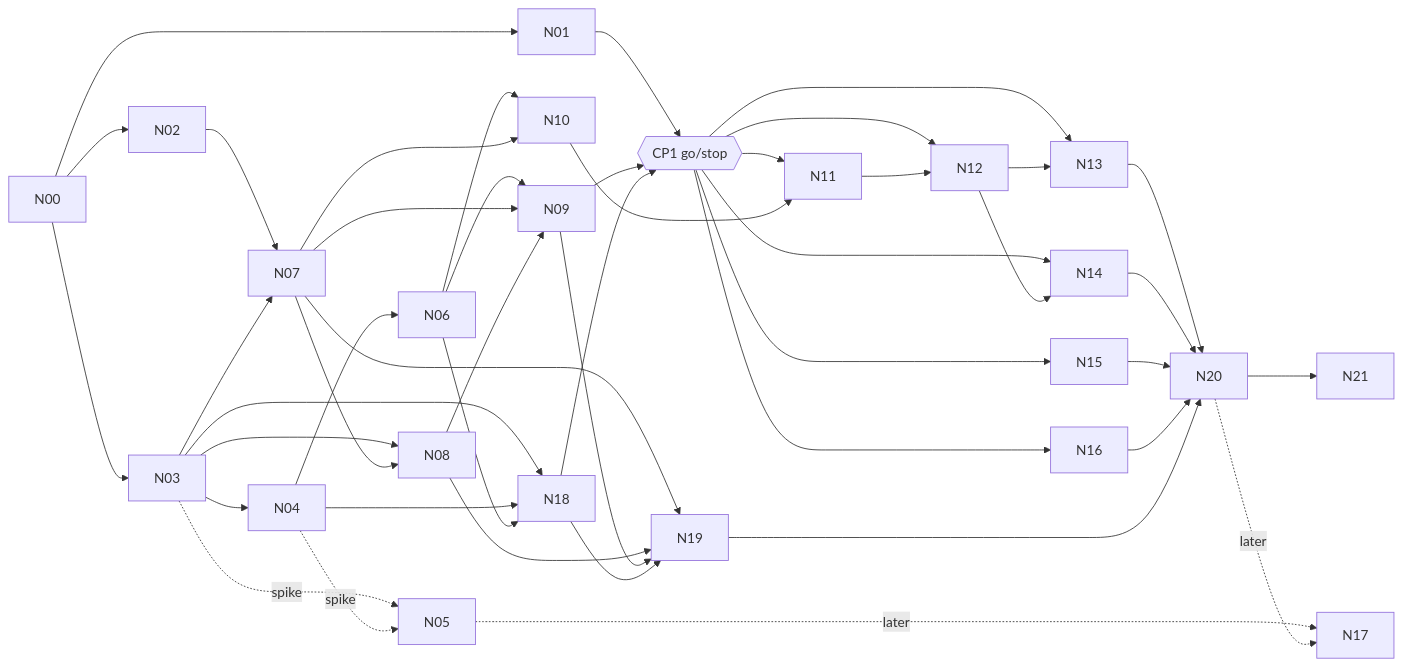
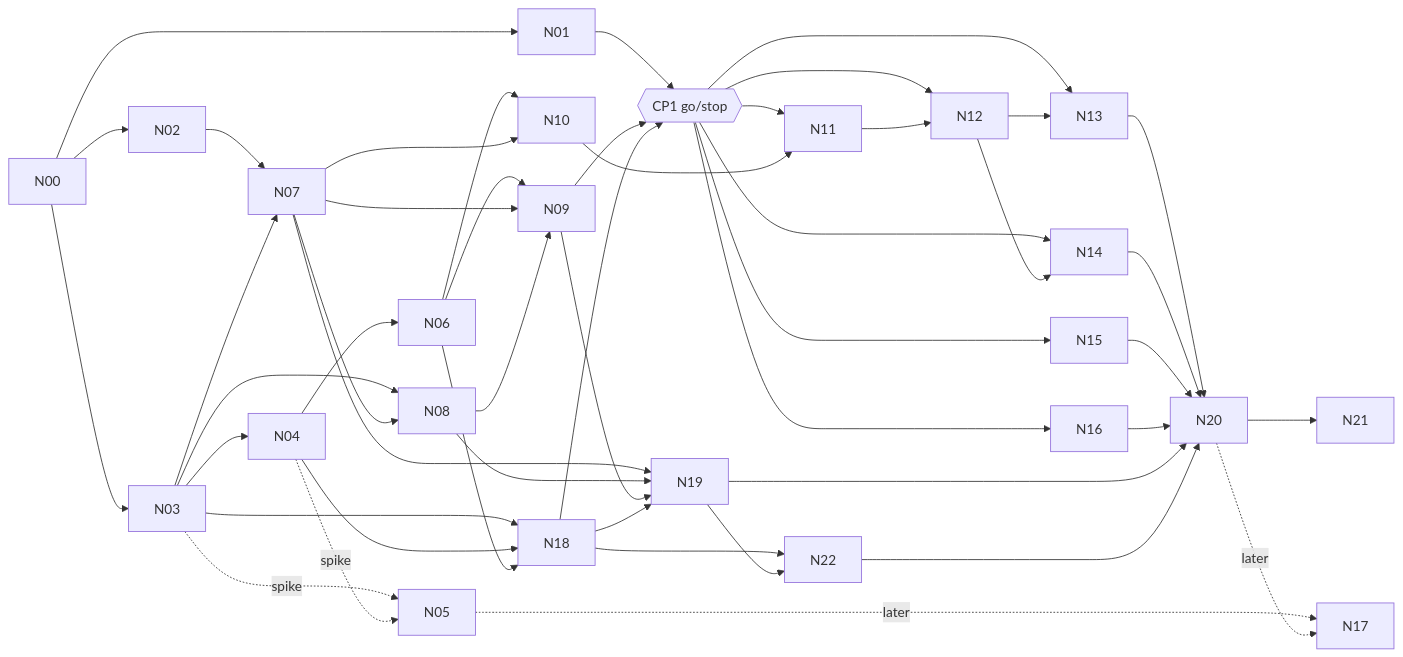
Before and after one commit to ThreeNativeHQ/threenative: the second of 3 diagrams in docs/PRDs/native-engine/README.md, drawn with Mermaid. The commit also changed other lines of this file and 11 other files, not shown here.

````diff
--- a/docs/PRDs/native-engine/README.md
+++ b/docs/PRDs/native-engine/README.md
@@ -145,19 +186,20 @@
 ```mermaid
 flowchart LR
   N00 --> N01 & N02 & N03
   N03 --> N04 --> N06
   N03 & N04 -. spike .-> N05
   N02 & N03 --> N07
   N03 & N07 --> N08
   N03 & N04 & N06 --> N18
   N06 & N07 & N08 --> N09
   N06 & N07 --> N10
   N01 & N09 & N18 --> CP1{{"CP1 go/stop"}}
   CP1 --> N11 & N12 & N13 & N14 & N15 & N16
   N10 --> N11
   N11 --> N12 --> N13
   N12 --> N14
   N07 & N08 & N09 & N18 --> N19
-  N13 & N14 & N15 & N16 & N19 --> N20 --> N21
+  N18 & N19 --> N22
+  N13 & N14 & N15 & N16 & N19 & N22 --> N20 --> N21
   N05 & N20 -. later .-> N17
 ```
````
